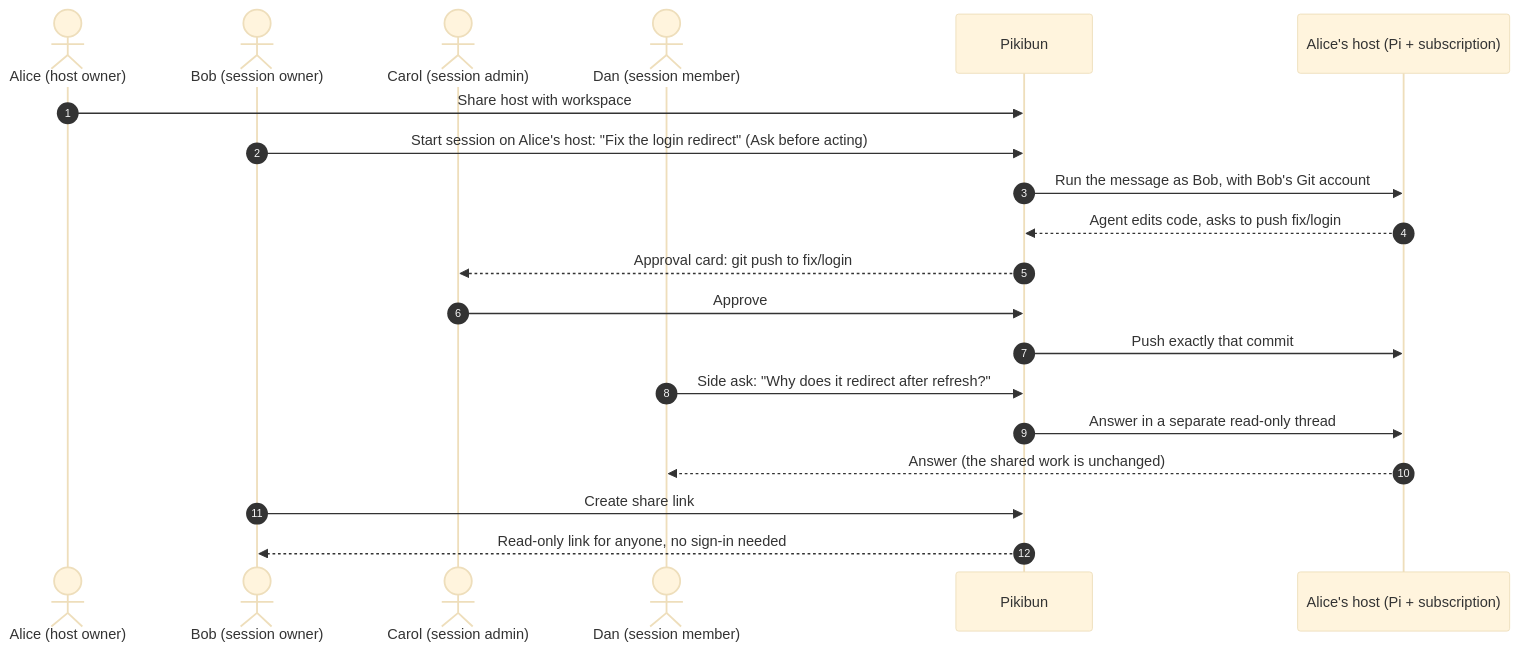
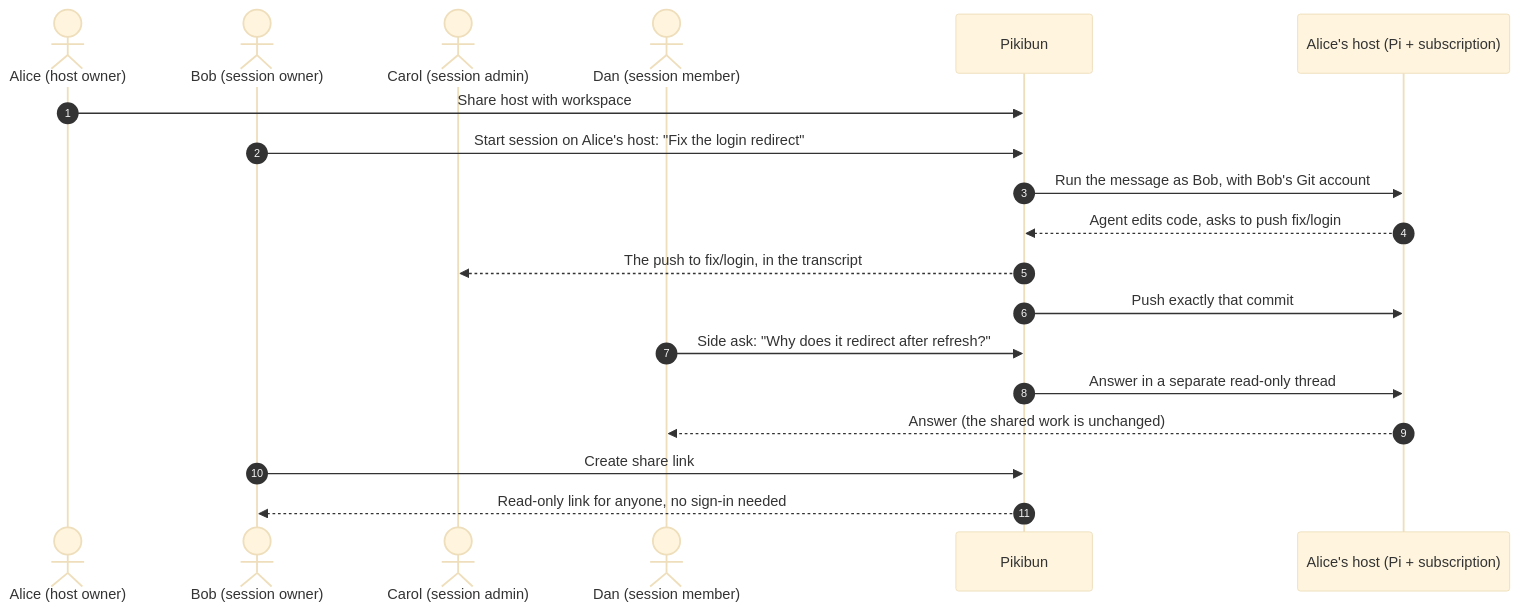
Before and after one commit to OpenCara/pikibun: the diagram in docs/collaboration.md, drawn with Mermaid (base theme). The commit also changed other lines of this file and 146 other files, not shown here.

````diff
--- a/docs/collaboration.md
+++ b/docs/collaboration.md
@@ -7,23 +7,22 @@
 ```mermaid
 sequenceDiagram
     autonumber
     actor Alice as Alice (host owner)
     actor Bob as Bob (session owner)
     actor Carol as Carol (session admin)
     actor Dan as Dan (session member)
     participant P as Pikibun
     participant H as Alice's host (Pi + subscription)
 
     Alice->>P: Share host with workspace
-    Bob->>P: Start session on Alice's host: "Fix the login redirect" (Ask before acting)
+    Bob->>P: Start session on Alice's host: "Fix the login redirect"
     P->>H: Run the message as Bob, with Bob's Git account
     H-->>P: Agent edits code, asks to push fix/login
-    P-->>Carol: Approval card: git push to fix/login
-    Carol->>P: Approve
+    P-->>Carol: The push to fix/login, in the transcript
     P->>H: Push exactly that commit
     Dan->>P: Side ask: "Why does it redirect after refresh?"
     P->>H: Answer in a separate read-only thread
     H-->>Dan: Answer (the shared work is unchanged)
     Bob->>P: Create share link
     P-->>Bob: Read-only link for anyone, no sign-in needed
 ```
````
